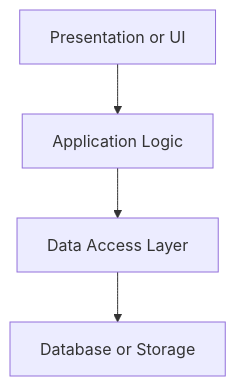
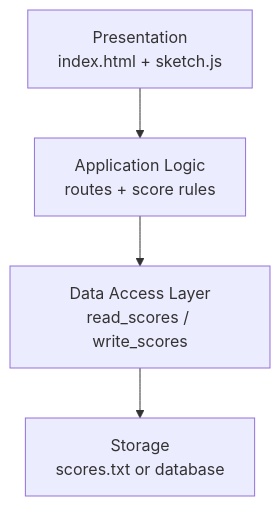
Before and after one commit to kentcs/software-engineering: the second of 3 diagrams in docs/slides/lecture-15-software-architecture-beyond-mvc.md, drawn with Mermaid. The commit also changed other lines of this file and 9 other files, not shown here.

````diff
--- a/docs/slides/lecture-15-software-architecture-beyond-mvc.md
+++ b/docs/slides/lecture-15-software-architecture-beyond-mvc.md
@@ -197,6 +202,6 @@
 ```mermaid
 flowchart TD
-    ui[Presentation or UI] --> app[Application Logic]
-    app --> data[Data Access Layer]
-    data --> db[Database or Storage]
+    ui["Presentation<br/>index.html + sketch.js"] --> app["Application Logic<br/>routes + score rules"]
+    app --> data["Data Access Layer<br/>read_scores / write_scores"]
+    data --> db["Storage<br/>scores.txt or database"]
 ```
````
